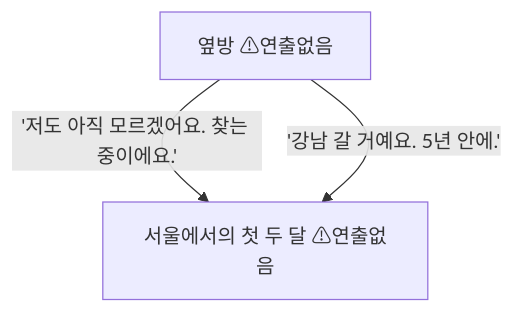
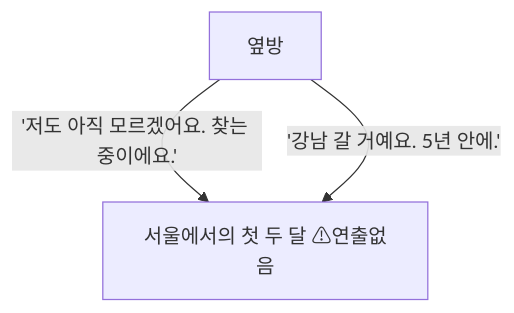
The sixth of 39 diagrams in docs/STATUS.md (junheeleee/GangnamDream), drawn with Mermaid before and after one commit. The commit also changed other lines of this file and 50 other files, not shown here.

````diff
--- a/docs/STATUS.md
+++ b/docs/STATUS.md
@@ -303,7 +304,7 @@
 ```mermaid
 flowchart TD
-  arc_intro_04_hyunsu["옆방 ⚠︎연출없음"]
+  arc_intro_04_hyunsu["옆방"]
   arc_chapter1_close["서울에서의 첫 두 달 ⚠︎연출없음"]
   arc_intro_04_hyunsu -->|"'저도 아직 모르겠어요. 찾는 중이에요.'"| arc_chapter1_close
   arc_intro_04_hyunsu -->|"'강남 갈 거예요. 5년 안에.'"| arc_chapter1_close
 ```
````
